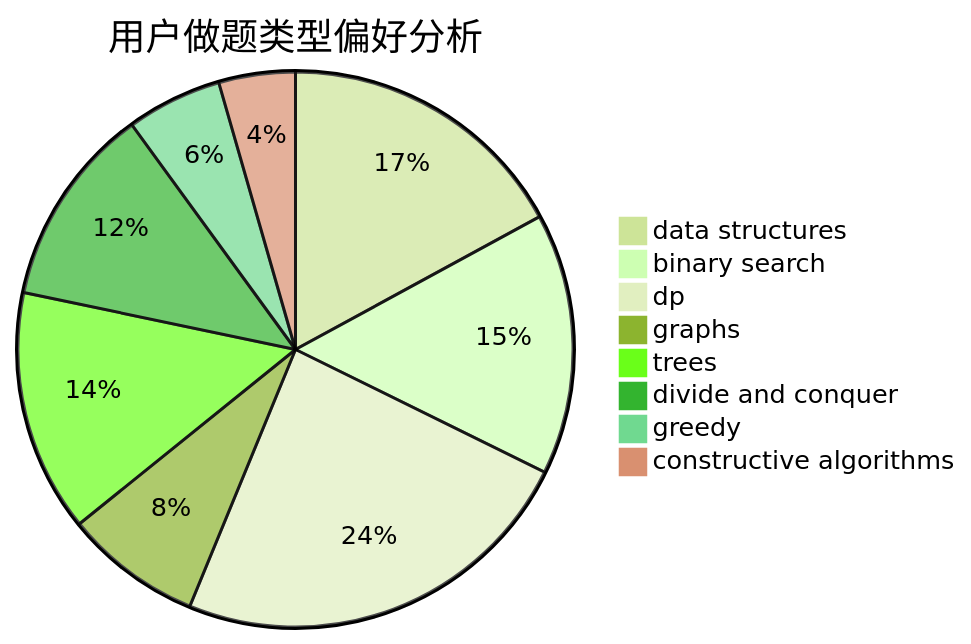
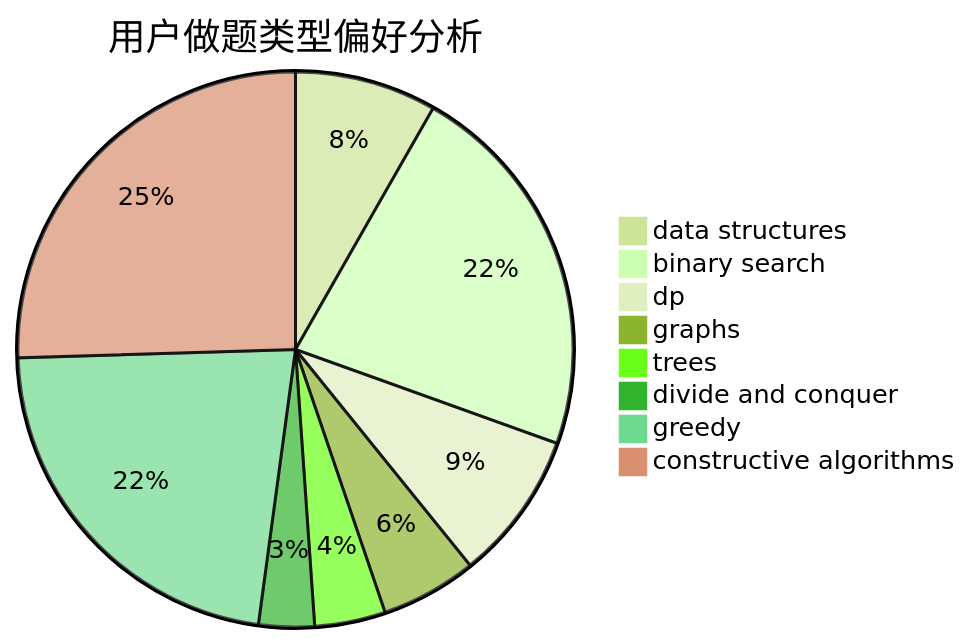
Before and after one commit to sherpahu/cfrs.github.io: the second of 3 diagrams in docs/user/u344.md, drawn with Mermaid (forest theme). The commit also changed other lines of this file and 2770 other files, not shown here.

````diff
--- a/docs/user/u344.md
+++ b/docs/user/u344.md
@@ -23,11 +23,11 @@
 ```mermaid
 pie title 用户做题类型偏好分析
-    "data structures" :  92
-    "binary search" :  82
-    "dp" :  129
-    "graphs" :  43
-    "trees" :  76
-    "divide and conquer" :  63
-    "greedy" :  30
-    "constructive algorithms" :  24
+    "data structures" :  56
+    "binary search" :  151
+    "dp" :  59
+    "graphs" :  38
+    "trees" :  28
+    "divide and conquer" :  22
+    "greedy" :  152
+    "constructive algorithms" :  173
 ```
````
